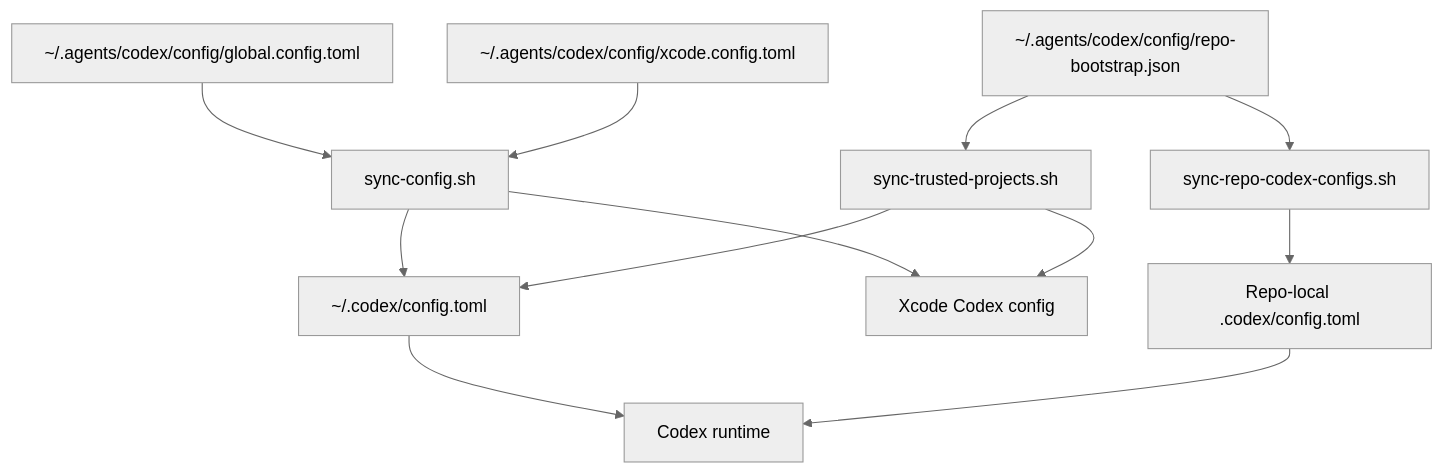
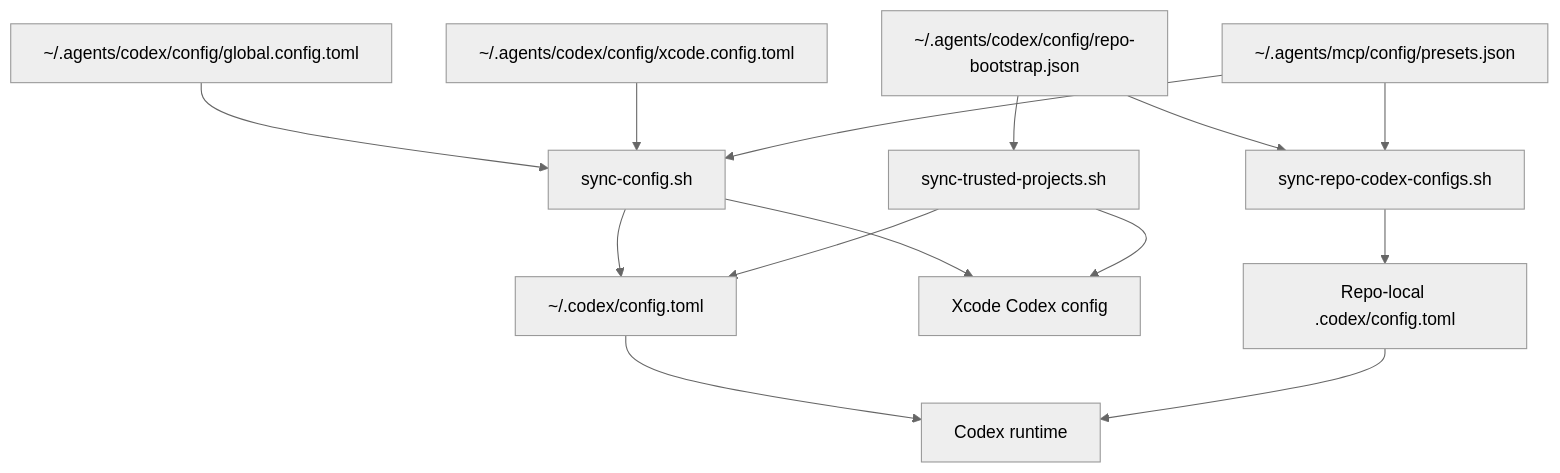
One commit to wisdom-in-a-nutshell/.agents changed the diagram in docs/architecture/codex-config-layers.md. Above: the diagram before and after it, drawn with Mermaid (neutral theme). The commit also changed other lines of this file and 59 other files, not shown here.

````diff
--- a/docs/architecture/codex-config-layers.md
+++ b/docs/architecture/codex-config-layers.md
@@ -9,25 +9,28 @@
 ```mermaid
 flowchart TD
     A[~/.agents/codex/config/global.config.toml]
     B[~/.agents/codex/config/xcode.config.toml]
     C[~/.agents/codex/config/repo-bootstrap.json]
-    D[sync-config.sh]
+    D[~/.agents/mcp/config/presets.json]
     E[sync-trusted-projects.sh]
     F[sync-repo-codex-configs.sh]
+    K[sync-config.sh]
     G[~/.codex/config.toml]
     H[Xcode Codex config]
     I[Repo-local .codex/config.toml]
     J[Codex runtime]
 
-    A --> D
-    B --> D
+    A --> K
+    B --> K
     C --> E
     C --> F
-    D --> G
-    D --> H
+    D --> K
+    D --> F
+    K --> G
+    K --> H
     E --> G
     E --> H
     F --> I
     G --> J
     I --> J
 ```
````
